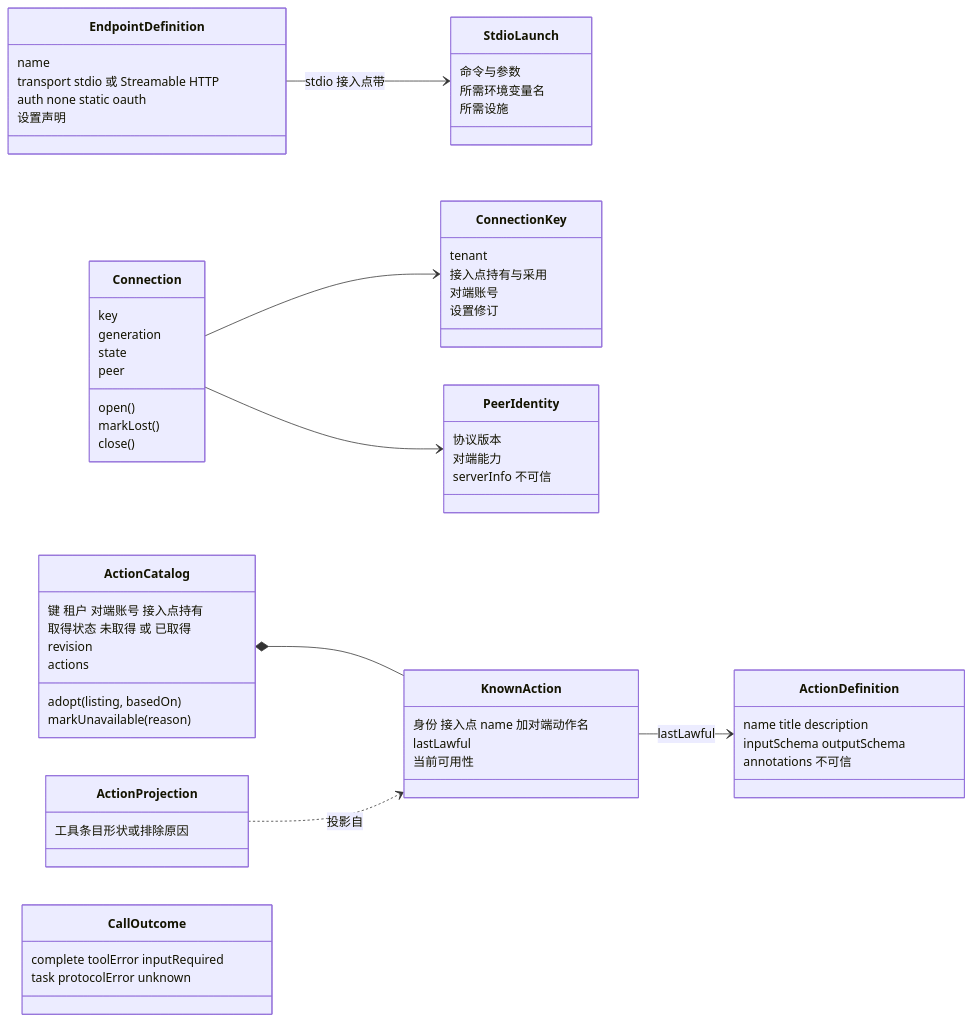
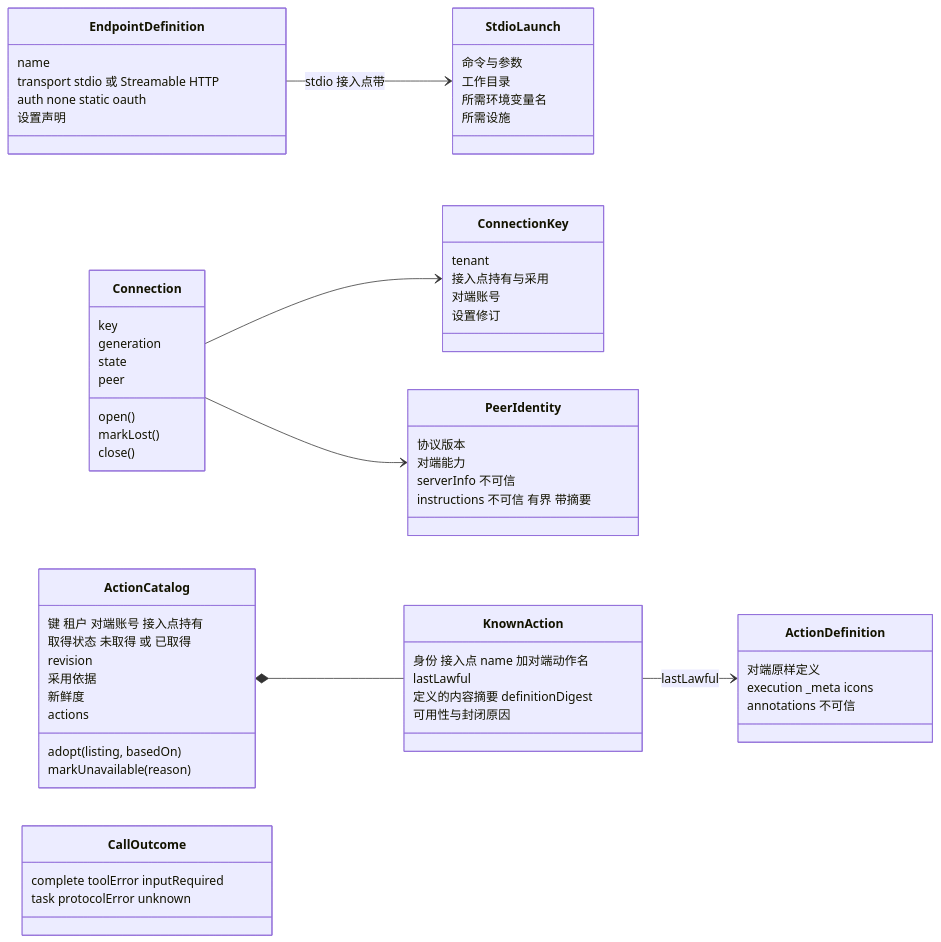
One commit to nemori-ai/omne-harness-lite changed the first of 3 diagrams in packages/mcp/docs/architecture.md. Above: the diagram before and after it, drawn with Mermaid. The commit also changed other lines of this file and 5 other files, not shown here.

````diff
--- a/packages/mcp/docs/architecture.md
+++ b/packages/mcp/docs/architecture.md
@@ -55,66 +96,67 @@
 ```mermaid
 classDiagram
     direction LR
     class EndpointDefinition {
         name
         transport stdio 或 Streamable HTTP
         auth none static oauth
         设置声明
     }
     class StdioLaunch {
         命令与参数
+        工作目录
         所需环境变量名
         所需设施
     }
     class ConnectionKey {
         tenant
         接入点持有与采用
         对端账号
         设置修订
     }
     class Connection {
         key
         generation
         state
         peer
         open()
         markLost()
         close()
     }
     class PeerIdentity {
         协议版本
         对端能力
         serverInfo 不可信
+        instructions 不可信 有界 带摘要
     }
     class ActionCatalog {
         键 租户 对端账号 接入点持有
         取得状态 未取得 或 已取得
         revision
+        采用依据
+        新鲜度
         actions
         adopt(listing, basedOn)
         markUnavailable(reason)
     }
     class KnownAction {
         身份 接入点 name 加对端动作名
         lastLawful
-        当前可用性
+        定义的内容摘要 definitionDigest
+        可用性与封闭原因
     }
     class ActionDefinition {
-        name title description
-        inputSchema outputSchema
+        对端原样定义
+        execution _meta icons
         annotations 不可信
-    }
-    class ActionProjection {
-        工具条目形状或排除原因
     }
     class CallOutcome {
         complete toolError inputRequired
         task protocolError unknown
     }
     EndpointDefinition --> StdioLaunch : stdio 接入点带
     Connection --> ConnectionKey
     Connection --> PeerIdentity
     ActionCatalog *-- KnownAction
     KnownAction --> ActionDefinition : lastLawful
-    ActionProjection ..> KnownAction : 投影自
 ```
````
